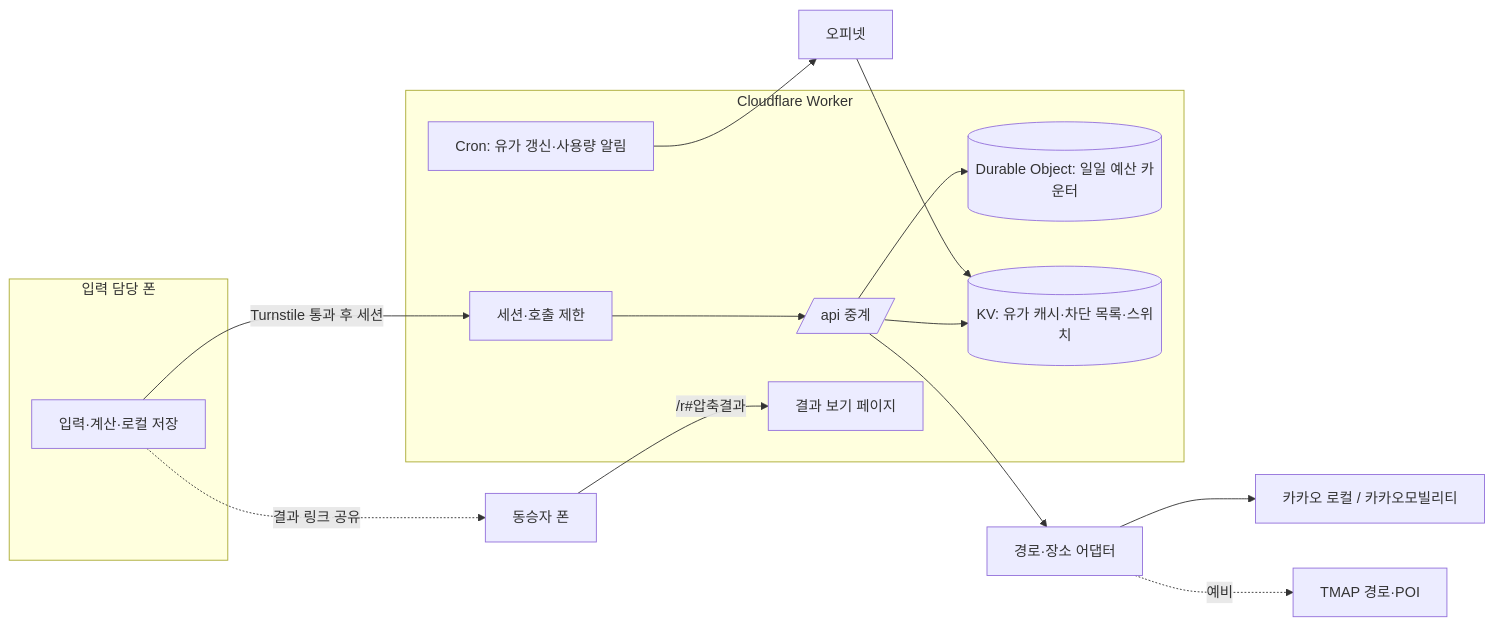
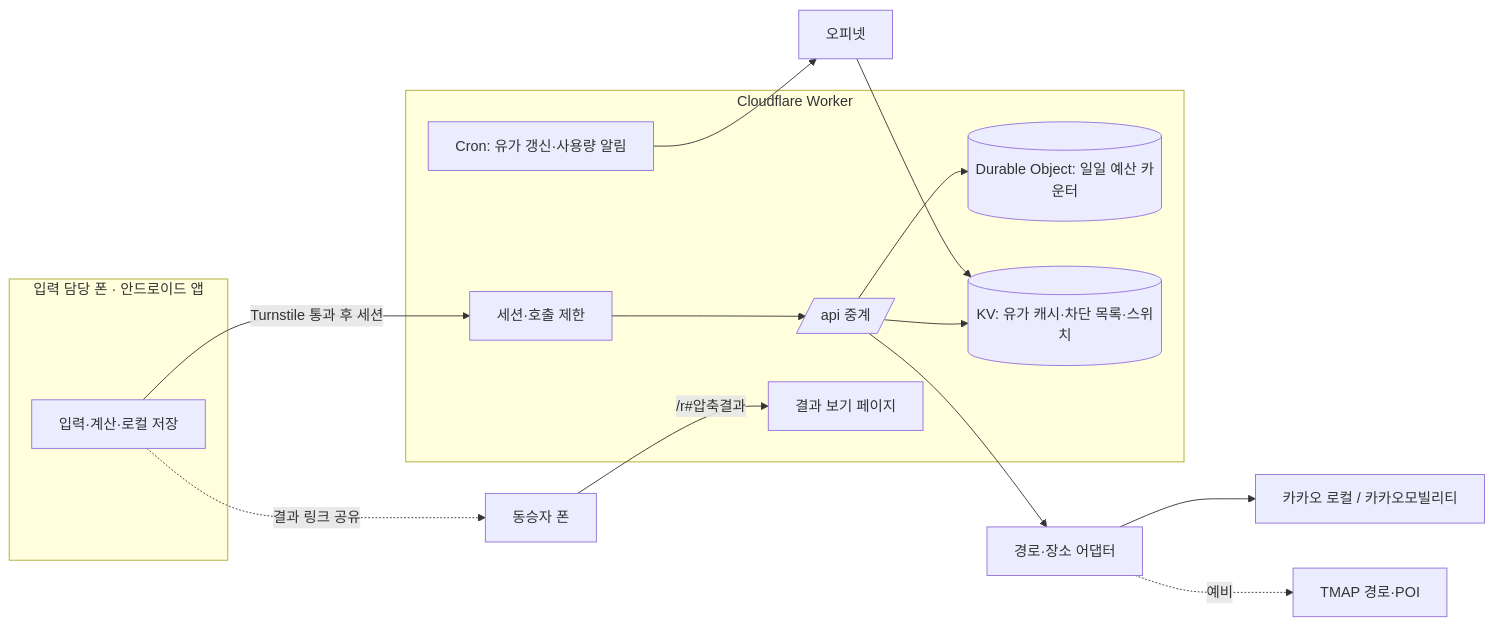
The diagram in docs/architecture.md (pppclove29-bit/driver-labor), drawn with Mermaid before and after one commit. The commit also changed other lines of this file and 2 other files, not shown here.

First line of the commit message:
docs: 안드로이드 앱 우선(Capacitor)으로 방향 갱신

````diff
--- a/docs/architecture.md
+++ b/docs/architecture.md
@@ -10,23 +12,23 @@
 ```mermaid
 flowchart LR
-  subgraph Phone[입력 담당 폰]
+  subgraph Phone[입력 담당 폰 · 안드로이드 앱]
     UI[입력·계산·로컬 저장]
   end
   subgraph CF[Cloudflare Worker]
     GATE[세션·호출 제한]
     API[/api 중계/]
     DO[(Durable Object: 일일 예산 카운터)]
     KV[(KV: 유가 캐시·차단 목록·스위치)]
     CRON[Cron: 유가 갱신·사용량 알림]
     PAGE[결과 보기 페이지]
   end
   UI -->|Turnstile 통과 후 세션| GATE --> API
   API --> DO
   API --> ADP[경로·장소 어댑터]
   ADP --> KAKAO[카카오 로컬 / 카카오모빌리티]
   ADP -. 예비 .-> TMAP[TMAP 경로·POI]
   API --> KV
   CRON --> OPI[오피넷] --> KV
   UI -.결과 링크 공유.-> FRIEND[동승자 폰]
   FRIEND -->|/r#압축결과| PAGE
 ```
````
